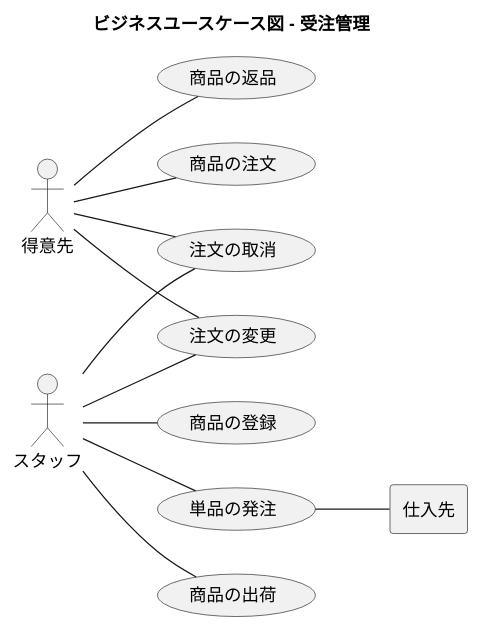
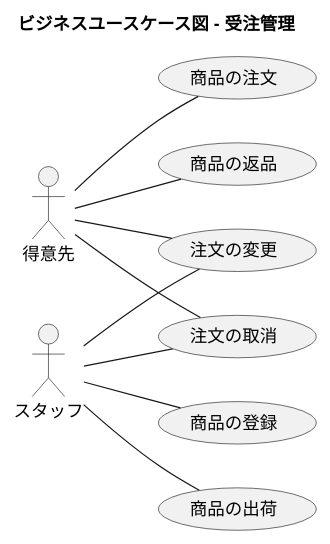
Before and after one commit to k2works/application_programing_excercise_2022: the sixth of 44 diagrams in docs/index.adoc, drawn with PlantUML. The commit also changed other lines of this file, not shown here.

Commit message:
docs: ビジネスユースケース

```diff
--- a/docs/index.adoc
+++ b/docs/index.adoc
@@ -257,38 +257,33 @@
 [plantuml]
 ----
 @startuml
 
 title ビジネスユースケース図 - 受注管理
 
 left to right direction
 
 actor 得意先 as ac_01
 actor スタッフ as ac_02
-agent 仕入先 as ag_01
 
 usecase 商品の登録 as uc_01
 usecase 商品の注文 as uc_02
-usecase 単品の発注 as uc_03
 usecase 注文の変更 as uc_04
 usecase 注文の取消 as uc_05
 usecase 商品の出荷 as uc_06
 usecase 商品の返品 as uc_07
 
 ac_02 -- (uc_01)
 ac_01 -- (uc_02)
-
-ac_02 -- (uc_03)
-(uc_03) -- ag_01
 
 ac_01 -- (uc_04)
 ac_02 -- (uc_04)
 
 ac_01 -- (uc_05)
 ac_02 -- (uc_05)
 
 ac_02 -- (uc_06)
 
 ac_01 -- (uc_07)
 
 @enduml
 ----
```
